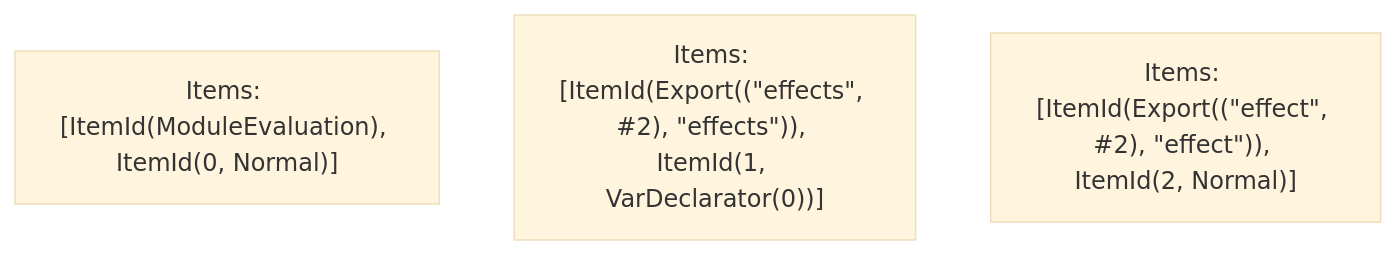
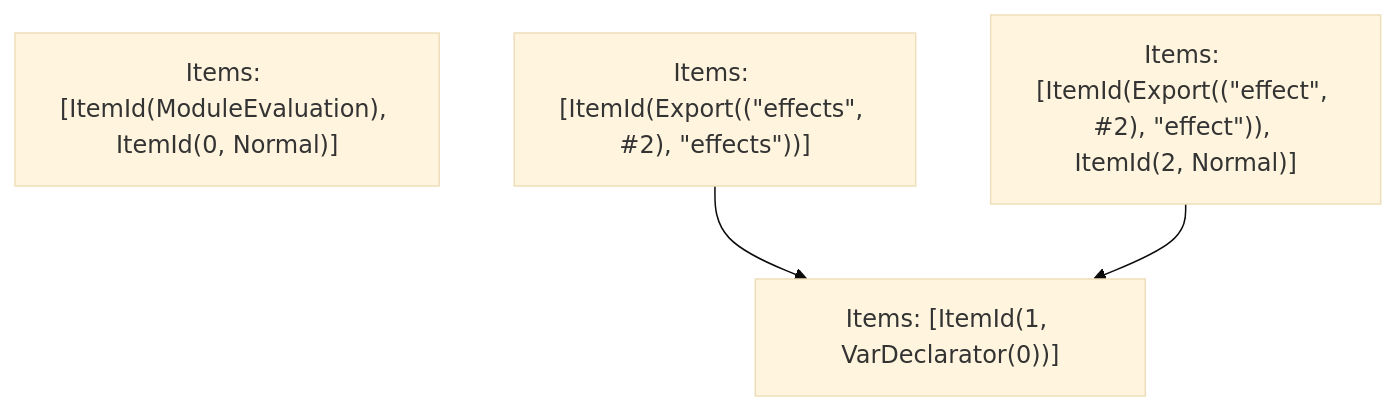
One commit to vercel/turborepo changed the fifth of 5 diagrams in crates/turbopack-ecmascript/tests/tree-shaker/analyzer/tla-1/output.md. Above: the diagram before and after it, drawn with Mermaid (base theme). The commit also changed other lines of this file and 15 other files, not shown here.

````diff
--- a/crates/turbopack-ecmascript/tests/tree-shaker/analyzer/tla-1/output.md
+++ b/crates/turbopack-ecmascript/tests/tree-shaker/analyzer/tla-1/output.md
@@ -95,6 +97,9 @@
 ```mermaid
 graph TD
     N0["Items: [ItemId(ModuleEvaluation), ItemId(0, Normal)]"];
-    N1["Items: [ItemId(Export((&quot;effects&quot;, #2), &quot;effects&quot;)), ItemId(1, VarDeclarator(0))]"];
+    N1["Items: [ItemId(Export((&quot;effects&quot;, #2), &quot;effects&quot;))]"];
     N2["Items: [ItemId(Export((&quot;effect&quot;, #2), &quot;effect&quot;)), ItemId(2, Normal)]"];
+    N3["Items: [ItemId(1, VarDeclarator(0))]"];
+    N1 --> N3;
+    N2 --> N3;
 ```
````
